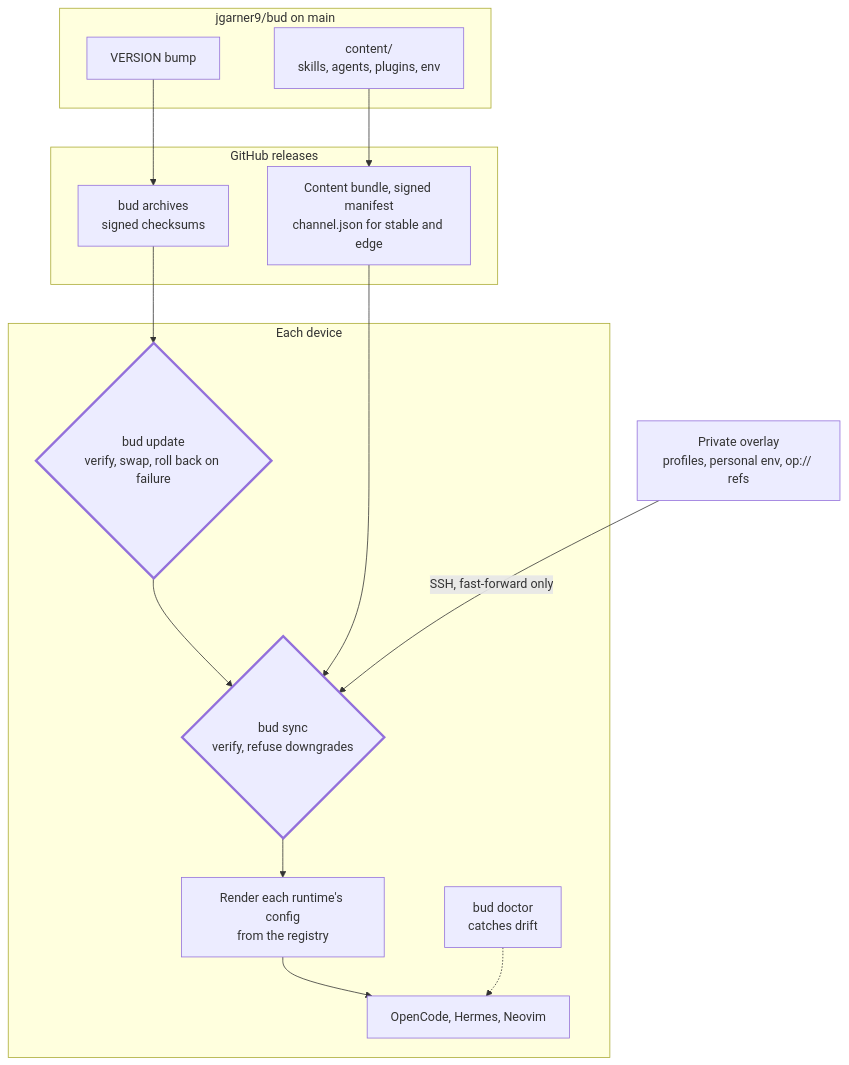
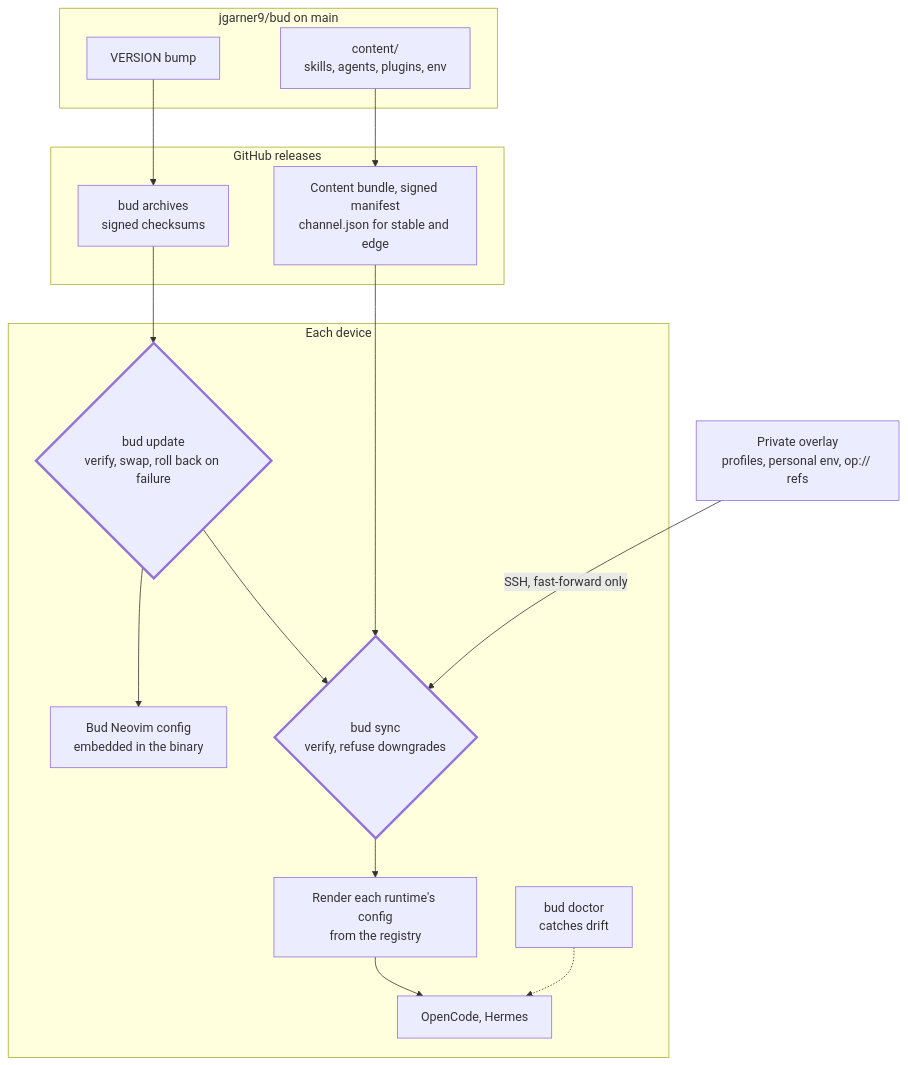
The sixth of 6 diagrams in docs/architecture.md (jgarner9/bud), drawn with Mermaid before and after one commit. The commit also changed other lines of this file, not shown here.

First line of the commit message:
docs: fix routing, fallback-turn and Neovim sync details in the architecture page

````diff
--- a/docs/architecture.md
+++ b/docs/architecture.md
@@ -227,30 +227,32 @@
 ```mermaid
 flowchart TB
   classDef gate stroke-width:3px
 
   subgraph repo["jgarner9/bud on main"]
     version["VERSION bump"]
     content["content/<br/>skills, agents, plugins, env"]
   end
 
   subgraph releases["GitHub releases"]
     code["bud archives<br/>signed checksums"]
     bundle["Content bundle, signed manifest<br/>channel.json for stable and edge"]
   end
 
   overlay["Private overlay<br/>profiles, personal env, op:// refs"]
 
   subgraph device["Each device"]
     update{"bud update<br/>verify, swap, roll back on failure"}:::gate
     sync{"bud sync<br/>verify, refuse downgrades"}:::gate
     render["Render each runtime's config<br/>from the registry"]
-    runtimes["OpenCode, Hermes, Neovim"]
+    runtimes["OpenCode, Hermes"]
+    nvim["Bud Neovim config<br/>embedded in the binary"]
     doctor["bud doctor<br/>catches drift"]
   end
 
   version --> code --> update
   content --> bundle --> sync
   overlay -- "SSH, fast-forward only" --> sync
   update --> sync --> render --> runtimes
+  update --> nvim
   doctor -.-> runtimes
 ```
````
